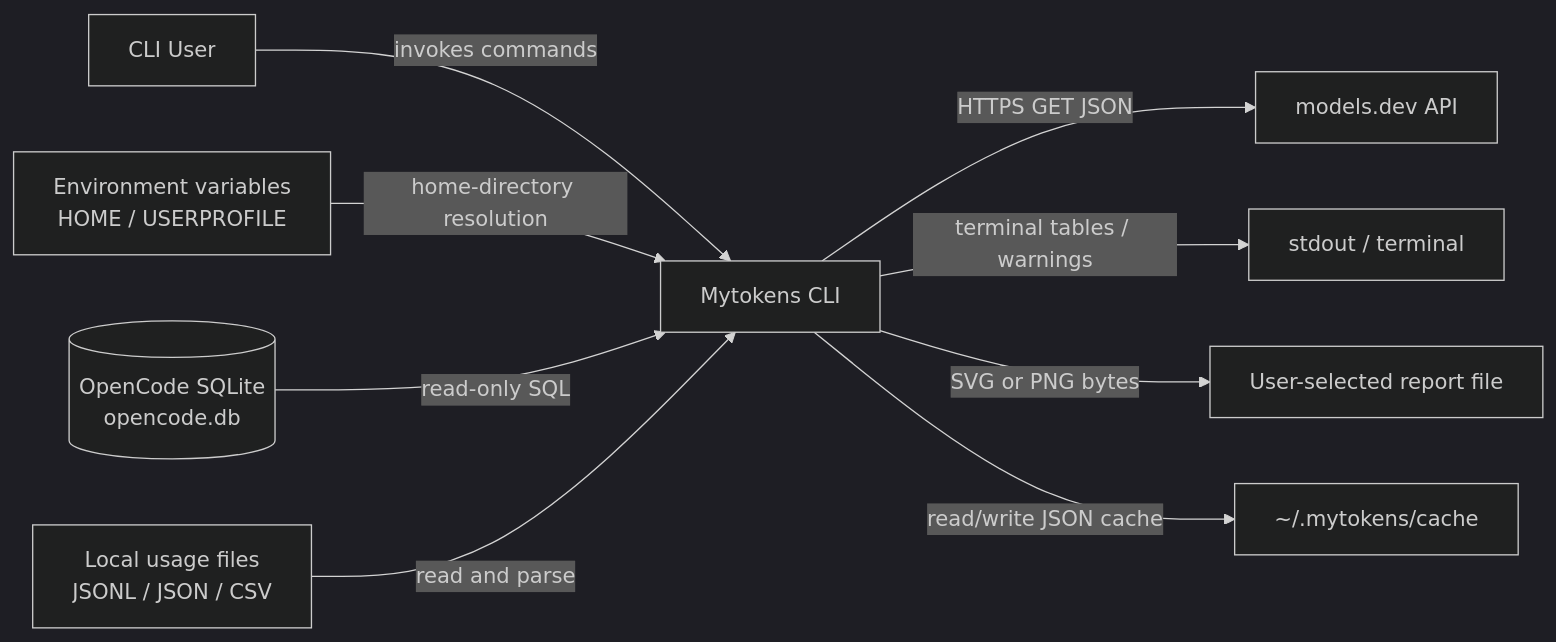
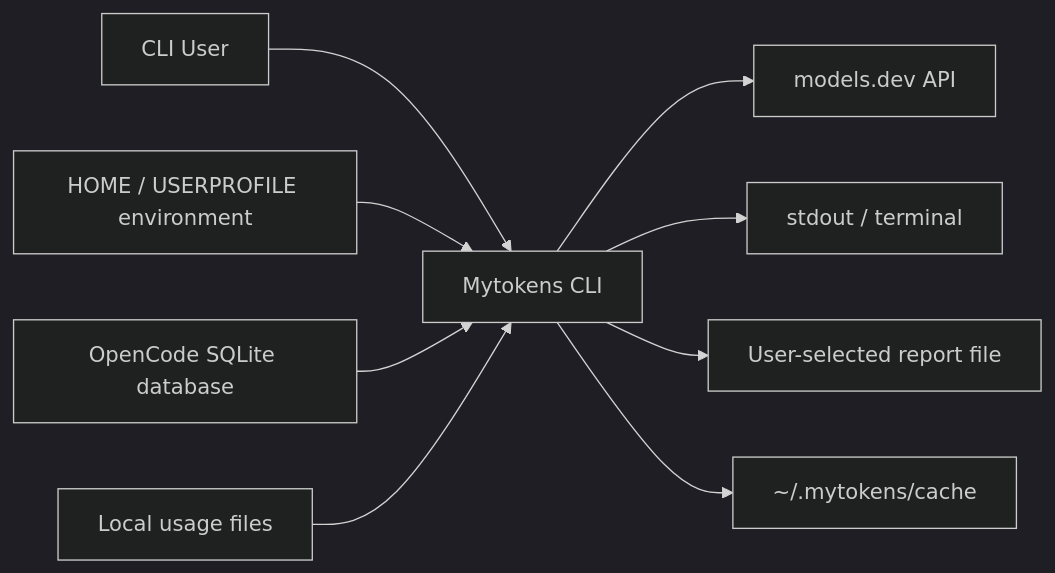
One commit to OpenSayad/mytokens-test changed the diagram in .uigraph/diagrams/system-context/system-context.mmd. Above: the diagram before and after it, drawn with Mermaid (dark theme). The commit also changed 1 other file, not shown here.

Commit message:
docs(uigraph): update System Context diagram

```diff
--- a/.uigraph/diagrams/system-context/system-context.mmd
+++ b/.uigraph/diagrams/system-context/system-context.mmd
@@ -1,9 +1,18 @@
 flowchart LR
-  user[CLI User] -->|invokes commands| cli[Mytokens CLI]
-  env[Environment variables\nHOME / USERPROFILE] -->|home-directory resolution| cli
-  opencode[(OpenCode SQLite\nopencode.db)] -->|read-only SQL| cli
-  files[Local usage files\nJSONL / JSON / CSV] -->|read and parse| cli
-  cli -->|HTTPS GET JSON| catalog[models.dev API]
-  cli -->|terminal tables / warnings| terminal[stdout / terminal]
-  cli -->|SVG or PNG bytes| report[User-selected report file]
-  cli -->|read/write JSON cache| cache[~/.mytokens/cache]
+user["CLI User"]
+cli["Mytokens CLI"]
+env["HOME / USERPROFILE environment"]
+opencode["OpenCode SQLite database"]
+files["Local usage files"]
+catalog["models.dev API"]
+terminal["stdout / terminal"]
+report["User-selected report file"]
+cache["~/.mytokens/cache"]
+user --> cli
+env --> cli
+opencode --> cli
+files --> cli
+cli --> catalog
+cli --> terminal
+cli --> report
+cli --> cache
```
